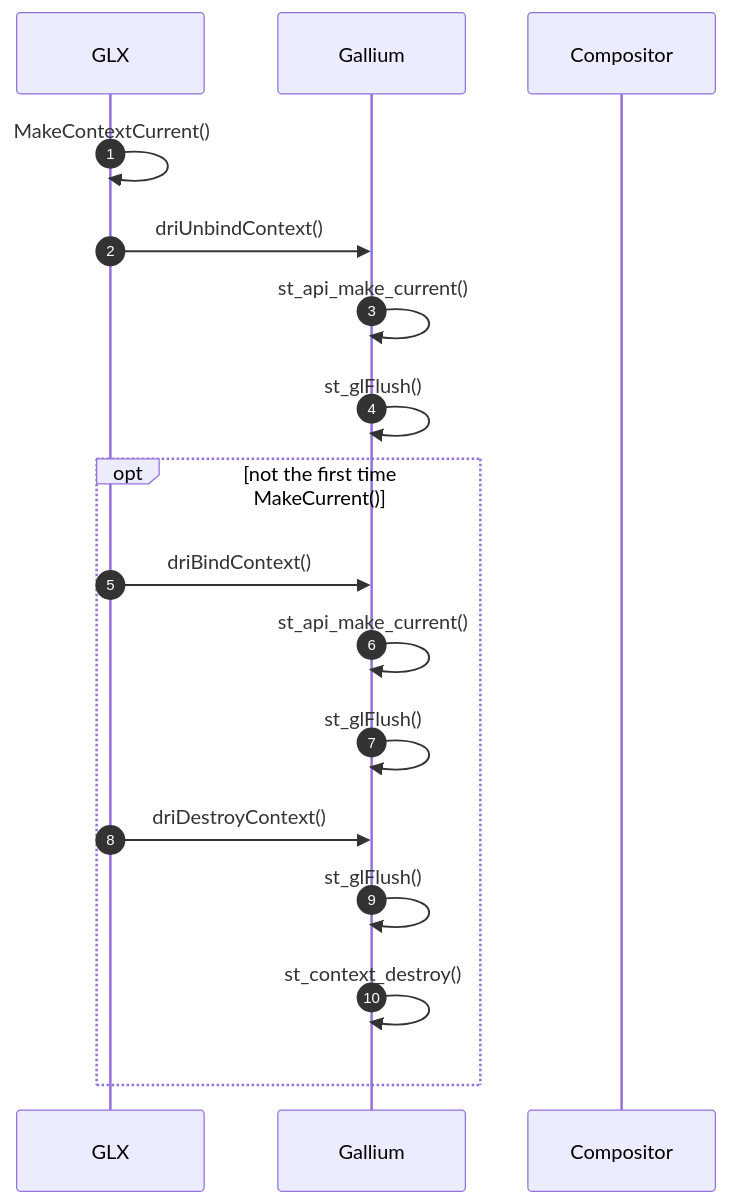
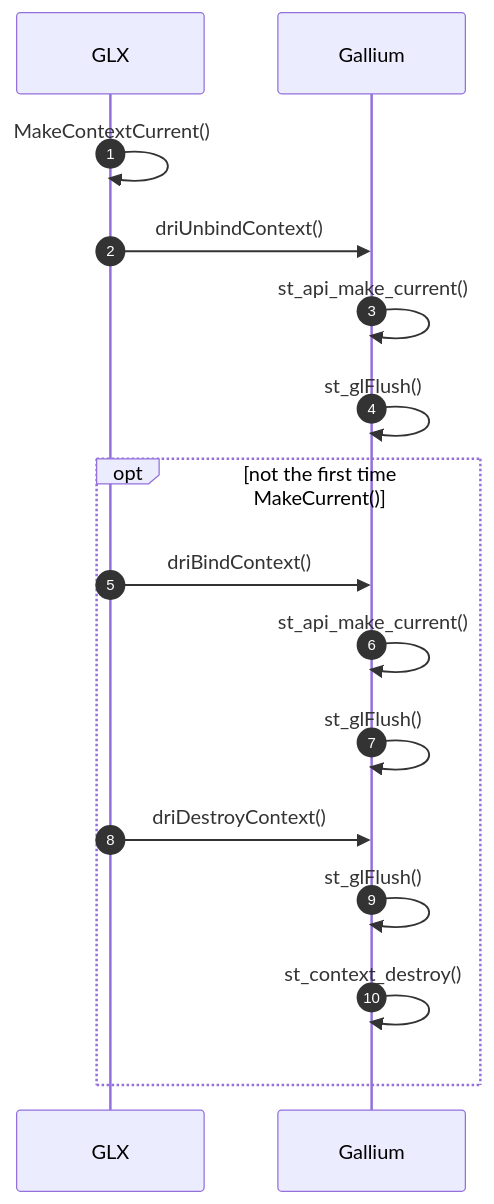
Before and after one commit to lucmann/lucmann.github.io: the second of 2 diagrams in source/_posts/gfx/mesa-glx.md, drawn with Mermaid. The commit also changed 1 other file, not shown here.

Commit message:
gfx: mesa glx

````diff
--- a/source/_posts/gfx/mesa-glx.md
+++ b/source/_posts/gfx/mesa-glx.md
@@ -42,20 +42,19 @@
 ```mermaid
 sequenceDiagram
     autonumber
     participant GLX
     participant Gallium
-    participant Compositor
 
     GLX     ->> GLX     : MakeContextCurrent()
     GLX     ->> Gallium : driUnbindContext()
     Gallium ->> Gallium : st_api_make_current()
     Gallium ->> Gallium : st_glFlush()
     opt not the first time MakeCurrent()
         GLX     ->> Gallium : driBindContext()
         Gallium ->> Gallium : st_api_make_current()
         Gallium ->> Gallium : st_glFlush()
         GLX     ->> Gallium : driDestroyContext()
         Gallium ->> Gallium : st_glFlush()
         Gallium ->> Gallium : st_context_destroy()
     end
 ```
````
